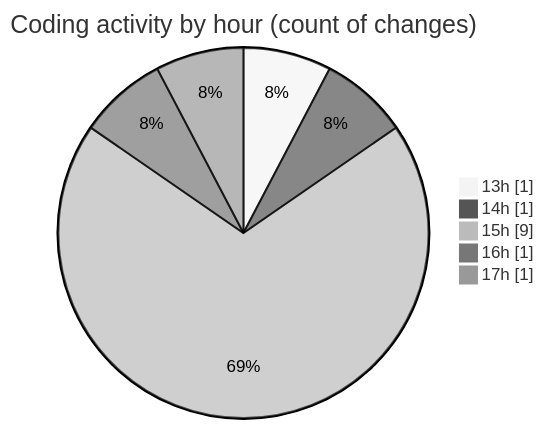
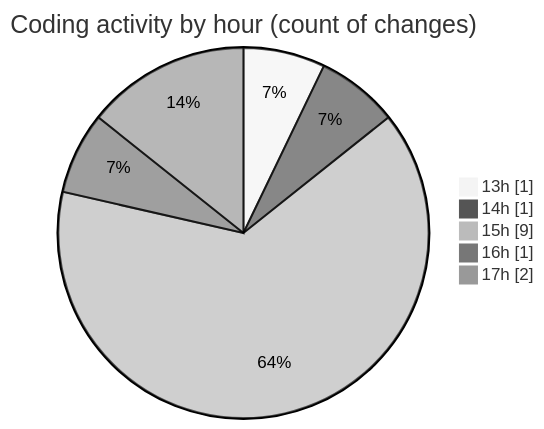
The second of 2 diagrams in 2026-07-06/nxtqube_webapp/README.md (nxtqubesakshisongat/code-tracking), drawn with Mermaid (neutral theme) before and after one commit. The commit also changed other lines of this file and 1 other file, not shown here.

````diff
--- a/2026-07-06/nxtqube_webapp/README.md
+++ b/2026-07-06/nxtqube_webapp/README.md
@@ -32,9 +33,9 @@
 ```mermaid
 pie showData
 title Coding activity by hour (count of changes)
 "13h" : 1
 "14h" : 1
 "15h" : 9
 "16h" : 1
-"17h" : 1
+"17h" : 2
 ```
````
